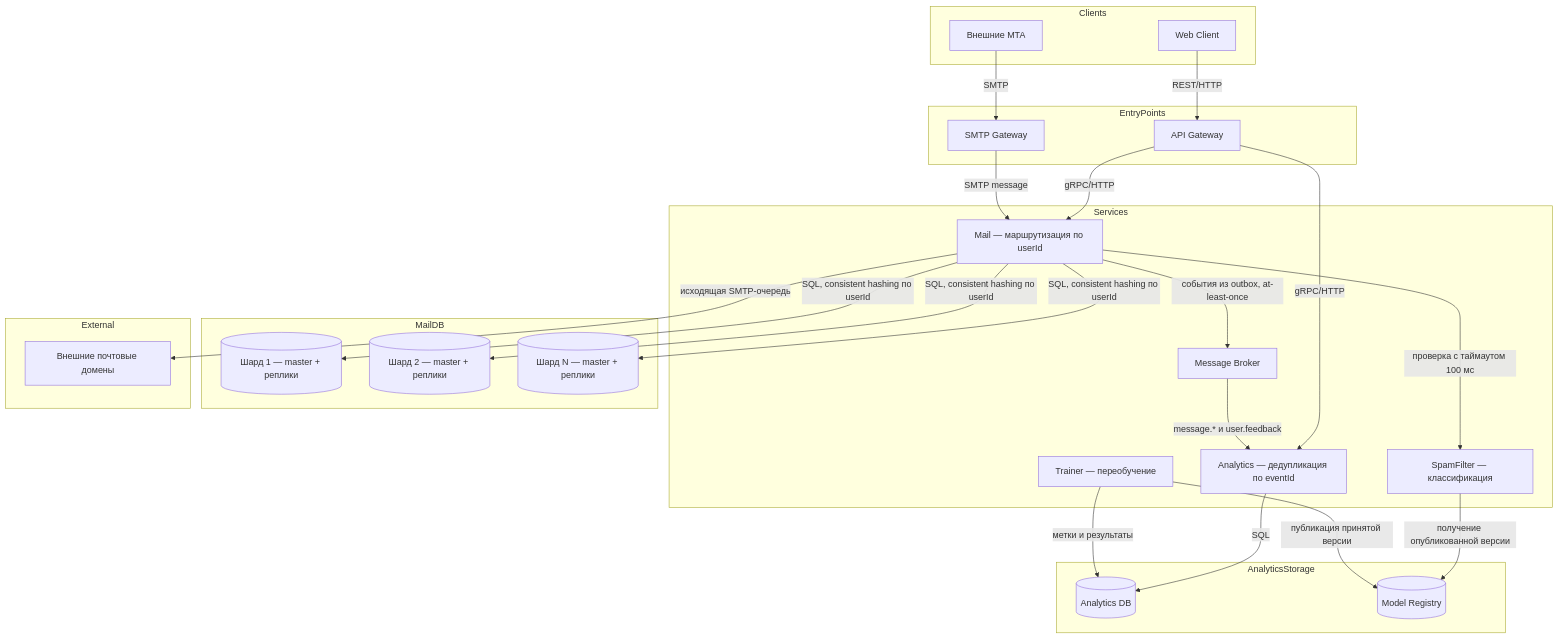
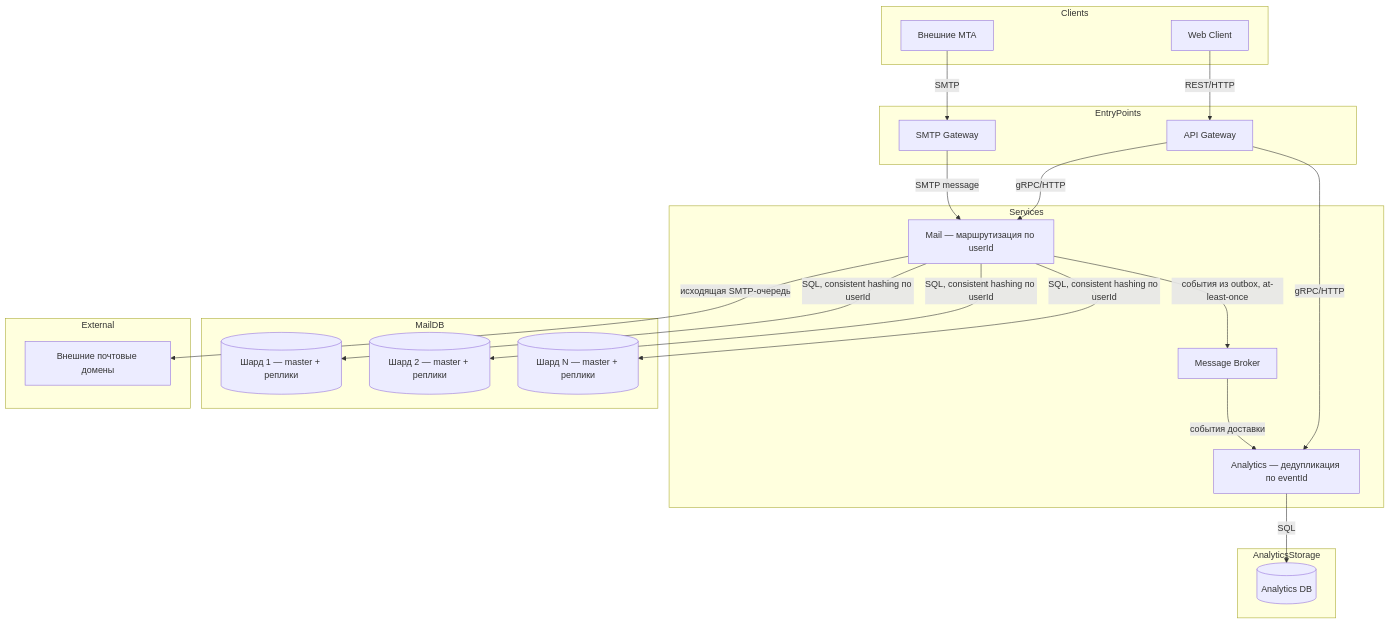
One commit to spbu-ds-practicum-2026/hydrolytes changed the first of 4 diagrams in docs/tr.md. Above: the diagram before and after it, drawn with Mermaid. The commit also changed other lines of this file and 1 other file, not shown here.

````diff
--- a/docs/tr.md
+++ b/docs/tr.md
@@ -153,47 +126,40 @@
 ```mermaid
 graph TD
   subgraph Clients
     WebClient[Web Client]
     ExternalMTA[Внешние MTA]
   end
   subgraph EntryPoints
     APIGateway[API Gateway]
     SMTPGateway[SMTP Gateway]
   end
   subgraph Services
     Mail[Mail — маршрутизация по userId]
-    SpamFilter[SpamFilter — классификация]
     Analytics[Analytics — дедупликация по eventId]
-    Trainer[Trainer — переобучение]
     MessageBroker[Message Broker]
   end
   subgraph MailDB
     Shard1[(Шард 1 — master + реплики)]
     Shard2[(Шард 2 — master + реплики)]
     ShardN[(Шард N — master + реплики)]
   end
   subgraph AnalyticsStorage
     AnalyticsDB[(Analytics DB)]
-    ModelRegistry[(Model Registry)]
   end
   subgraph External
     ExternalDomains[Внешние почтовые домены]
   end
 
   WebClient-->|REST/HTTP|APIGateway
   ExternalMTA-->|SMTP|SMTPGateway
   APIGateway-->|gRPC/HTTP|Mail
   APIGateway-->|gRPC/HTTP|Analytics
   SMTPGateway-->|SMTP message|Mail
   Mail-->|SQL, consistent hashing по userId|Shard1
   Mail-->|SQL, consistent hashing по userId|Shard2
   Mail-->|SQL, consistent hashing по userId|ShardN
-  Mail-->|проверка с таймаутом 100 мс|SpamFilter
-  SpamFilter-->|получение опубликованной версии|ModelRegistry
   Mail-->|события из outbox, at-least-once|MessageBroker
-  MessageBroker-->|message.* и user.feedback|Analytics
+  MessageBroker-->|события доставки|Analytics
   Analytics-->|SQL|AnalyticsDB
-  Trainer-->|метки и результаты|AnalyticsDB
-  Trainer-->|публикация принятой версии|ModelRegistry
   Mail-->|исходящая SMTP-очередь|ExternalDomains
 ```
````
